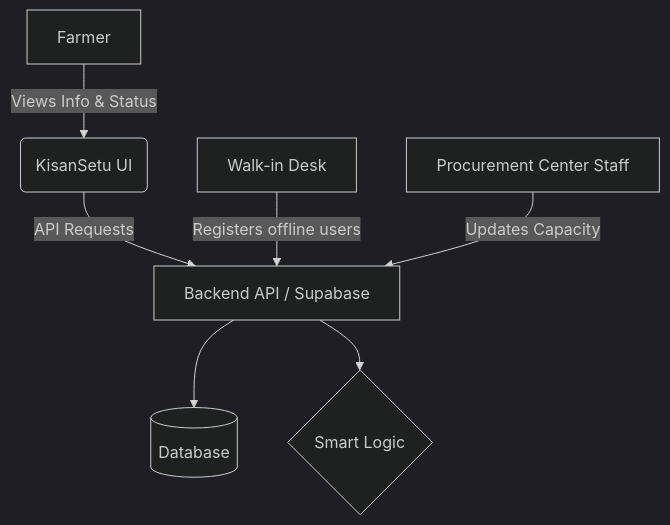
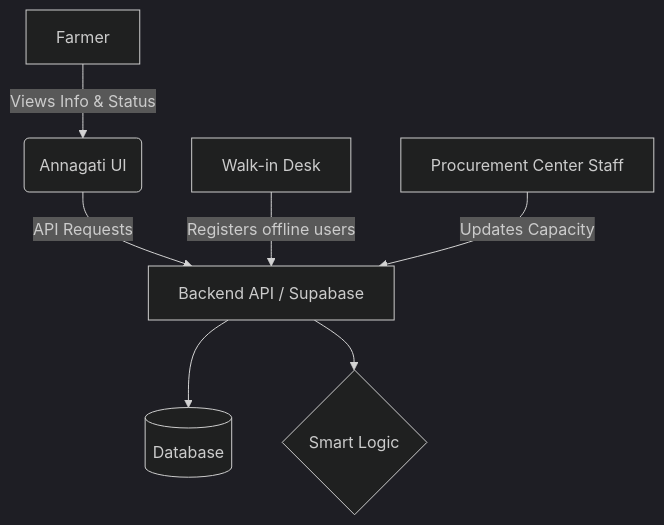
One commit to Aryan689t/KisaanSetu_V3 changed the first of 2 diagrams in README.md. Above: the diagram before and after it, drawn with Mermaid (dark theme). The commit also changed other lines of this file and 37 other files, not shown here.

````diff
--- a/README.md
+++ b/README.md
@@ -63,10 +63,10 @@
 ```mermaid
 flowchart TD
-    F[Farmer] -->|Views Info & Status| UI(KisanSetu UI)
+    F[Farmer] -->|Views Info & Status| UI(Annagati UI)
     UI -->|API Requests| B[Backend API / Supabase]
     B --> DB[(Database)]
     B --> SL{Smart Logic}
     
     W[Walk-in Desk] -->|Registers offline users| B
     P[Procurement Center Staff] -->|Updates Capacity| B
 ```
````
